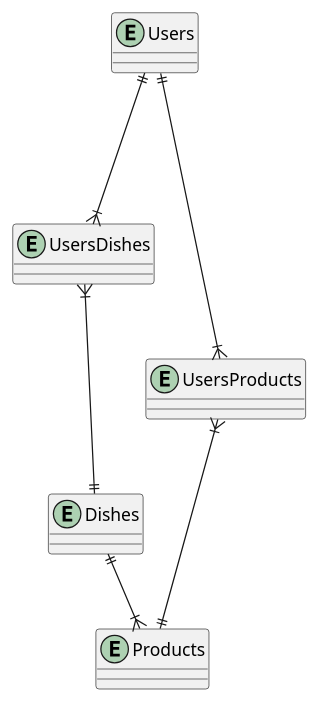
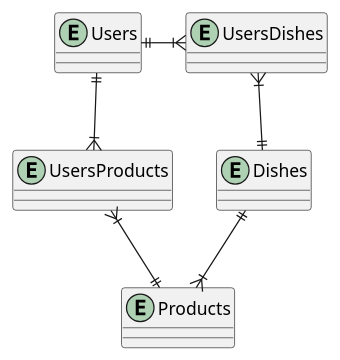
Before and after one commit to Team-a-A-e2024/ICE: the diagram in docs/entityRelations.puml, drawn with PlantUML. The commit also changed 12 other files, not shown here.

```diff
--- a/docs/entityRelations.puml
+++ b/docs/entityRelations.puml
@@ -1,15 +1,15 @@
 @startuml
-
+skinparam ranksep 20
 entity Users
 entity Products
 entity Dishes
 entity UsersDishes
 entity UsersProducts
 
-Users ||---|{ UsersDishes
-Users ||---|{ UsersProducts
-UsersDishes }|---|| Dishes
-UsersProducts }|---|| Products
-Dishes ||--|{ Products
+Users ||--right--|{ UsersDishes
+Users ||--down--|{ UsersProducts
+UsersDishes }|--down--|| Dishes
+UsersProducts }|--down--|| Products
+Dishes ||----|{ Products
 
 @enduml
```
